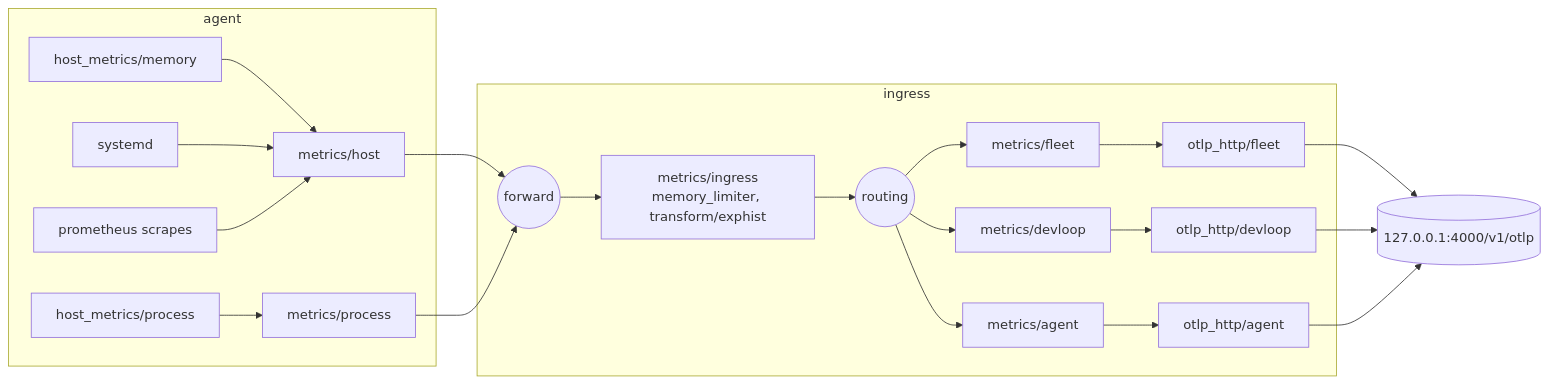
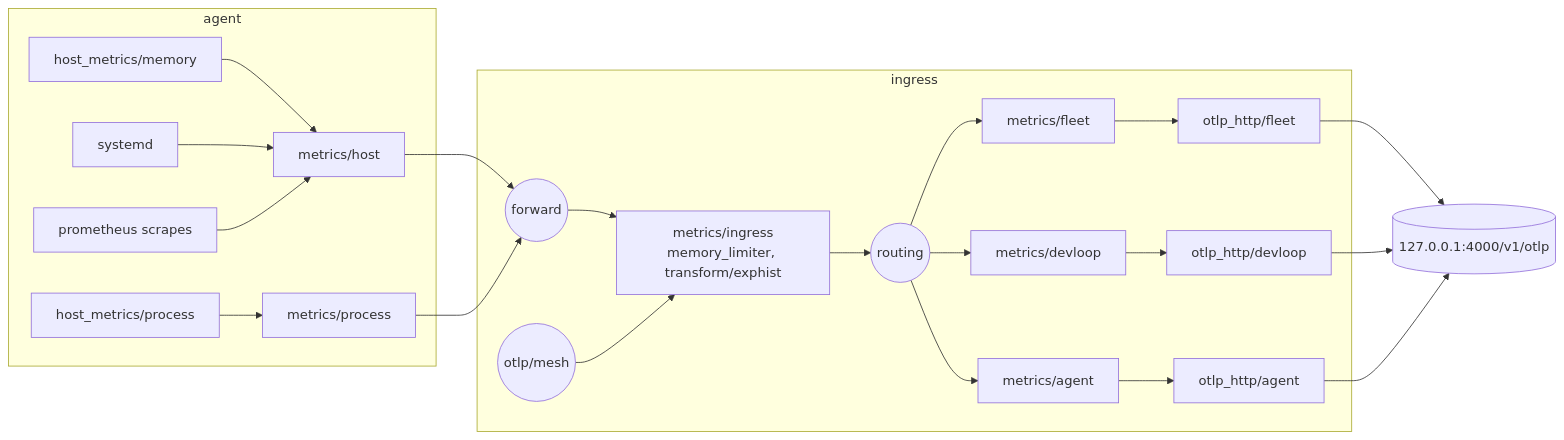
One commit to cameronraysmith/vanixiets changed the first of 2 diagrams in modules/clan/services/otel-collector/README.md. Above: the diagram before and after it, drawn with Mermaid. The commit also changed other lines of this file and 4 other files, not shown here.

````diff
--- a/modules/clan/services/otel-collector/README.md
+++ b/modules/clan/services/otel-collector/README.md
@@ -14,21 +61,22 @@
 ```mermaid
 flowchart LR
   subgraph agent
     hm[host_metrics/memory] --> host[metrics/host]
     sd[systemd] --> host
     prom[prometheus scrapes] --> host
     proc[host_metrics/process] --> process[metrics/process]
   end
   host --> fwd((forward))
   process --> fwd
   subgraph ingress
     fwd --> ing[metrics/ingress<br/>memory_limiter, transform/exphist]
+    mesh((otlp/mesh)) --> ing
     ing --> route((routing))
     route --> f[metrics/fleet] --> ef[otlp_http/fleet]
     route --> d[metrics/devloop] --> ed[otlp_http/devloop]
     route --> a[metrics/agent] --> ea[otlp_http/agent]
   end
   ef --> store[(127.0.0.1:4000/v1/otlp)]
   ed --> store
   ea --> store
 ```
````
